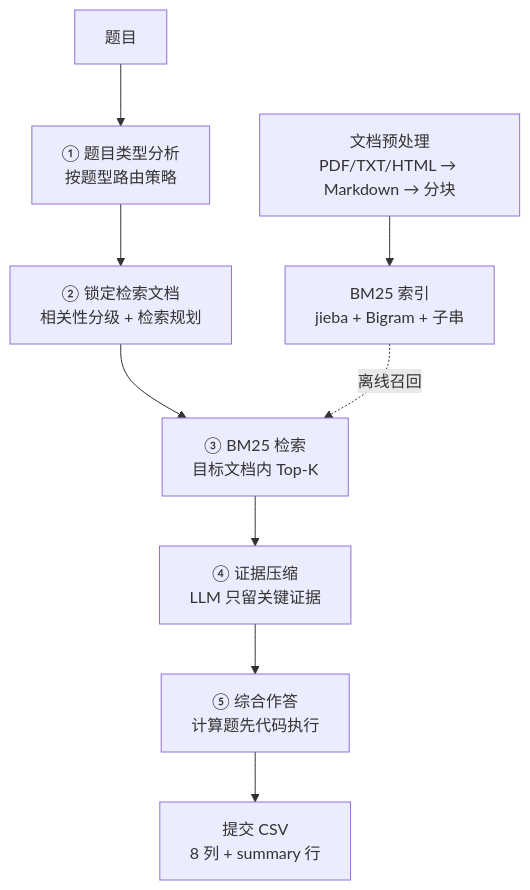
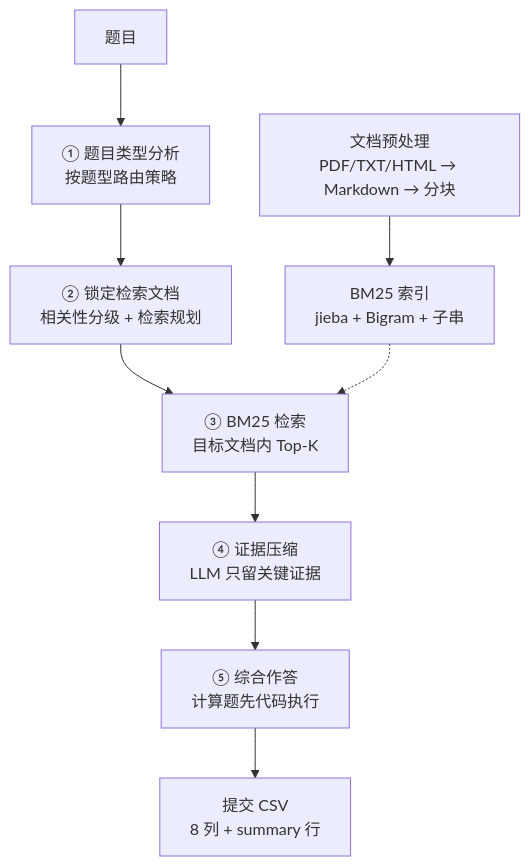
Before and after one commit to 1797833970/AFAC2026: the diagram in README.md, drawn with Mermaid.

Commit message:
fix: make mermaid diagram GitHub-render-safe (quoted labels, no edge labels)

````diff
--- a/README.md
+++ b/README.md
@@ -90,11 +90,11 @@
 ```mermaid
 flowchart TD
-    A[文档预处理<br/>PDF/TXT/HTML → Markdown → 分块] --> B[BM25 索引<br/>jieba + Bigram + 子串]
-    Q[题目] --> C1[① 题目类型分析<br/>按题型路由策略]
-    C1 --> C2[② 锁定检索文档<br/>相关性分级 + 检索规划]
-    C2 --> D[③ BM25 检索<br/>目标文档内 Top-K]
-    D --> E[④ 证据压缩<br/>LLM 只留关键证据]
-    E --> F[⑤ 综合作答<br/>计算题先代码执行]
-    B -. 离线召回 .-> D
-    F --> S[提交 CSV<br/>8 列 + summary 行]
+    A["文档预处理<br/>PDF/TXT/HTML → Markdown → 分块"] --> B["BM25 索引<br/>jieba + Bigram + 子串"]
+    Q["题目"] --> C1["① 题目类型分析<br/>按题型路由策略"]
+    C1 --> C2["② 锁定检索文档<br/>相关性分级 + 检索规划"]
+    C2 --> D["③ BM25 检索<br/>目标文档内 Top-K"]
+    D --> E["④ 证据压缩<br/>LLM 只留关键证据"]
+    E --> F["⑤ 综合作答<br/>计算题先代码执行"]
+    B -.-> D
+    F --> S["提交 CSV<br/>8 列 + summary 行"]
 ```
````
